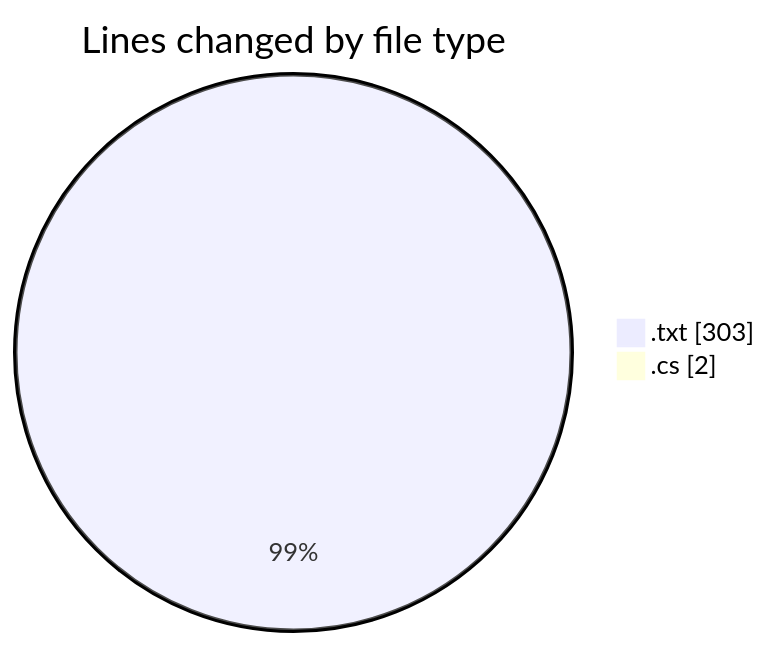
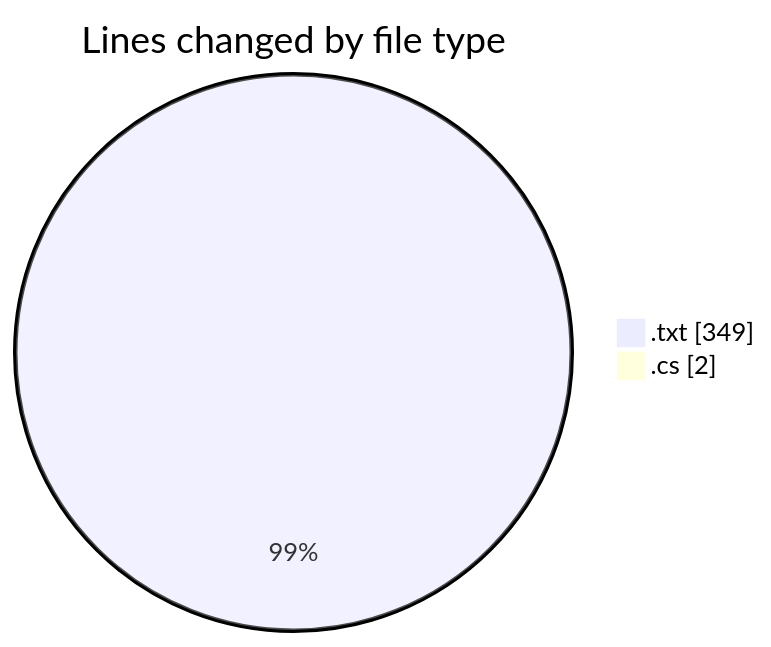
Before and after one commit to lephambinh05/code-tracking: the first of 2 diagrams in 2025-07-26/quanlyrapchieuphim-1/README.md, drawn with Mermaid. The commit also changed other lines of this file and 1 other file, not shown here.

````diff
--- a/2025-07-26/quanlyrapchieuphim-1/README.md
+++ b/2025-07-26/quanlyrapchieuphim-1/README.md
@@ -21,6 +21,6 @@
 ```mermaid
 pie showData
 title Lines changed by file type
-".txt" : 303
+".txt" : 349
 ".cs" : 2
 ```
````
